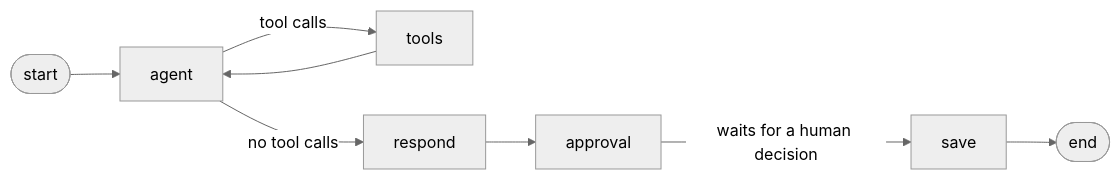
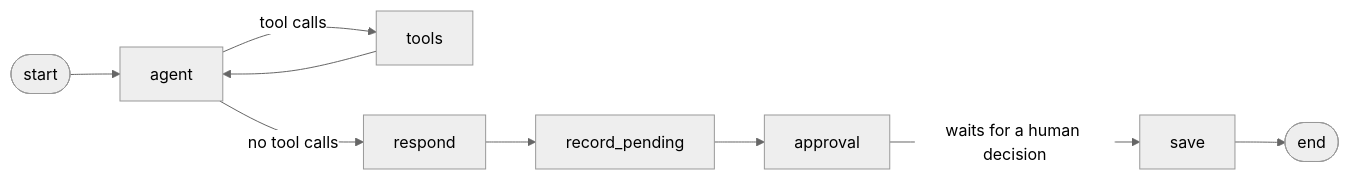
Before and after one commit to ozcivitcagkan/Fixwright-Enterprise-AI-Reliability-Integration-Platform: the diagram in README.md, drawn with Mermaid (neutral theme). The commit also changed other lines of this file and 1 other file, not shown here.

Commit message:
docs: describe sessions, demo mode and pending analyses

````diff
--- a/README.md
+++ b/README.md
@@ -132,10 +174,11 @@
 ```mermaid
 flowchart LR
     START([start]) --> agent
     agent -- tool calls --> tools
     tools --> agent
     agent -- no tool calls --> respond
-    respond --> approval
+    respond --> record_pending
+    record_pending --> approval
     approval -- "waits for a human decision" --> save
     save --> END([end])
 ```
````
